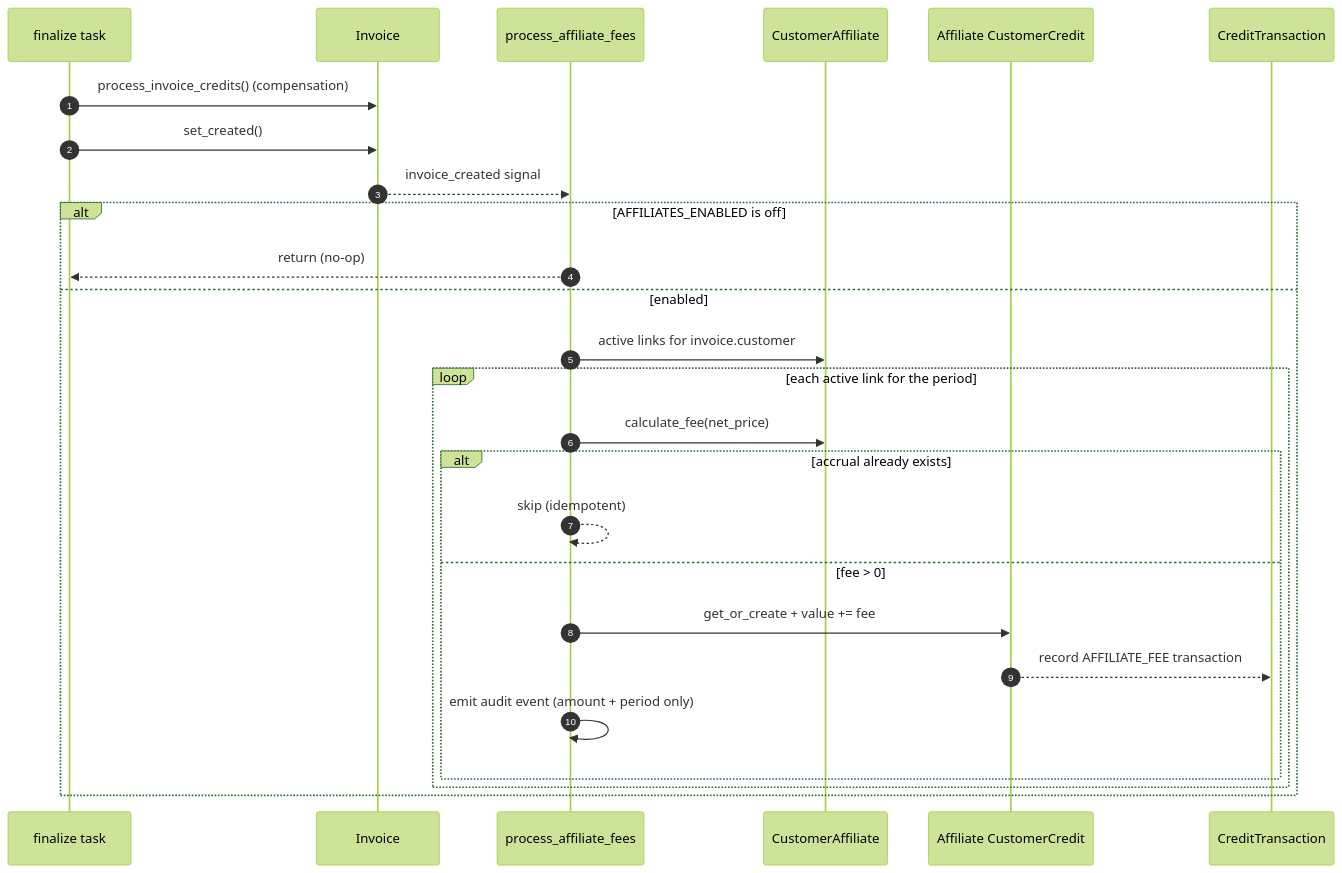
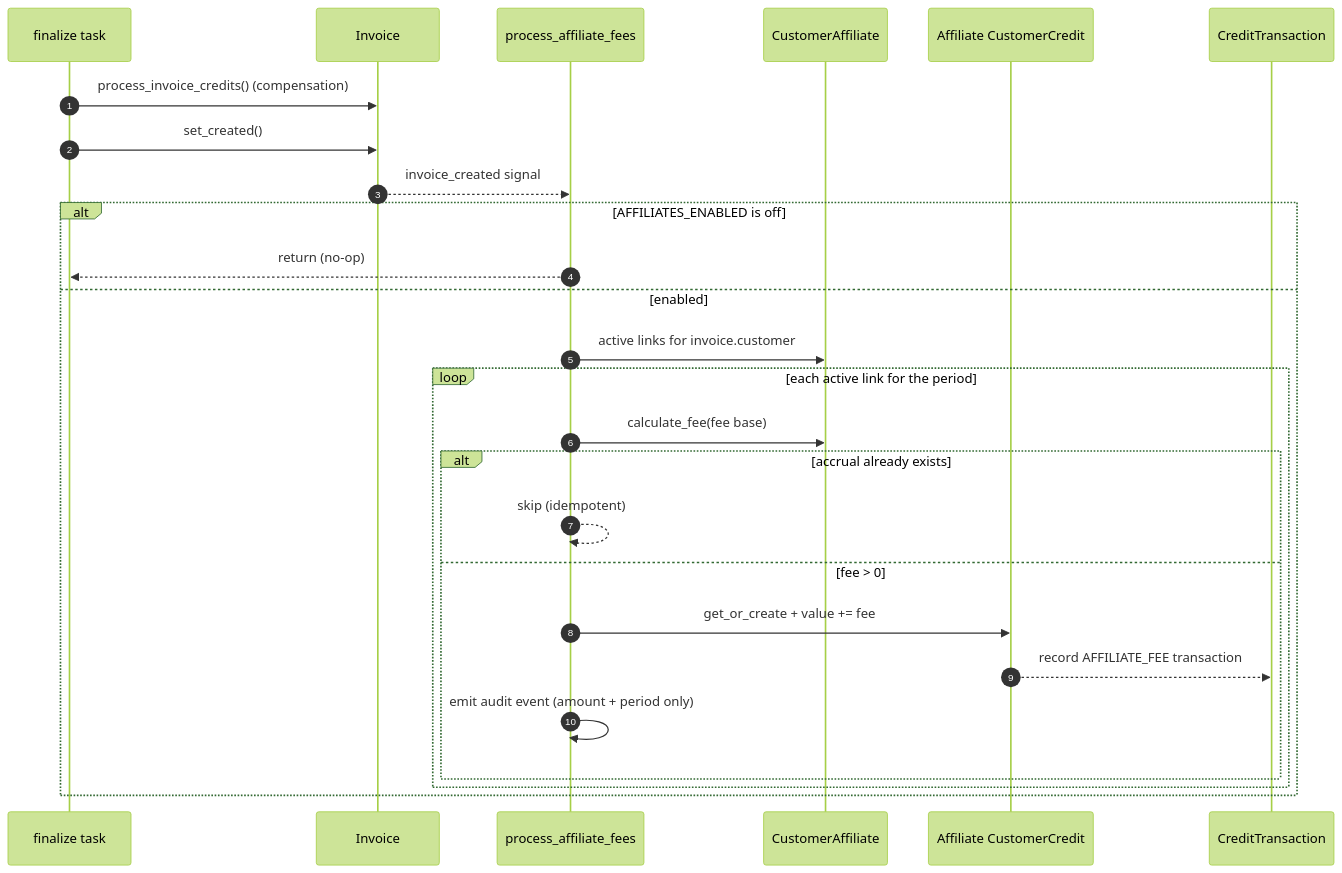
Before and after one commit to waldur/waldur-docs: the third of 4 diagrams in docs/developer-guide/affiliate-program.md, drawn with Mermaid (forest theme). The commit also changed other lines of this file and 53 other files, not shown here.

````diff
--- a/docs/developer-guide/affiliate-program.md
+++ b/docs/developer-guide/affiliate-program.md
@@ -127,29 +144,29 @@
 ```mermaid
 sequenceDiagram
     autonumber
     participant Task as finalize task
     participant Inv as Invoice
     participant H as process_affiliate_fees
     participant CA as CustomerAffiliate
     participant Cred as Affiliate CustomerCredit
     participant Led as CreditTransaction
 
     Task->>Inv: process_invoice_credits() (compensation)
     Task->>Inv: set_created()
     Inv-->>H: invoice_created signal
     alt AFFILIATES_ENABLED is off
         H-->>Task: return (no-op)
     else enabled
         H->>CA: active links for invoice.customer
         loop each active link for the period
-            H->>CA: calculate_fee(net_price)
+            H->>CA: calculate_fee(fee base)
             alt accrual already exists
                 H-->>H: skip (idempotent)
             else fee > 0
                 H->>Cred: get_or_create + value += fee
                 Cred-->>Led: record AFFILIATE_FEE transaction
                 H->>H: emit audit event (amount + period only)
             end
         end
     end
 ```
````
